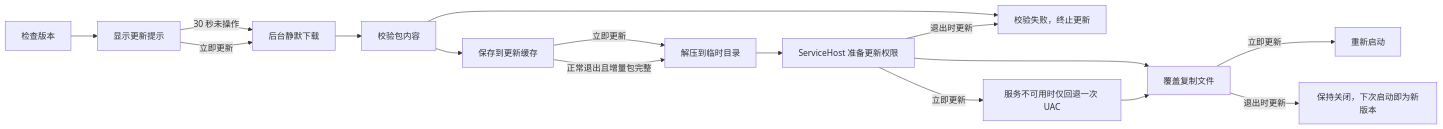
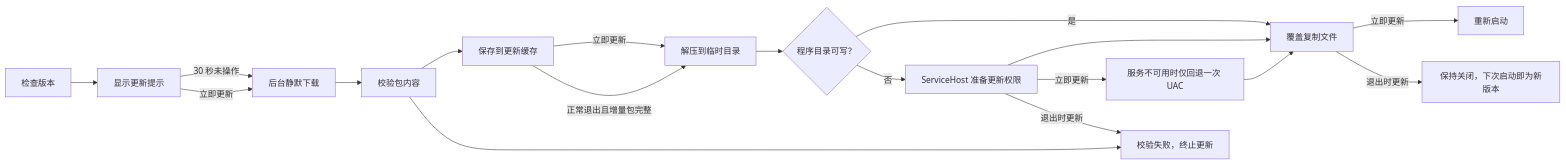
Before and after one commit to xincheng213618/scgd_general_wpf: the diagram in docs/02-developer-guide/deployment/auto-update.md, drawn with Mermaid. The commit also changed other lines of this file and 30 other files, not shown here.

````diff
--- a/docs/02-developer-guide/deployment/auto-update.md
+++ b/docs/02-developer-guide/deployment/auto-update.md
@@ -7,18 +7,20 @@
 ```mermaid
 flowchart LR
   Check["检查版本"] --> Notice["显示更新提示"]
   Notice -->|"30 秒未操作"| Download["后台静默下载"]
   Notice -->|"立即更新"| Download
   Download --> Verify["校验包内容"]
   Verify --> Cache["保存到更新缓存"]
   Cache -->|"立即更新"| Stage["解压到临时目录"]
   Cache -->|"正常退出且增量包完整"| Stage
-  Stage --> Privilege["ServiceHost 准备更新权限"]
-  Privilege --> Install["覆盖复制文件"]
+  Stage --> Writable{"程序目录可写？"}
+  Writable -->|"是"| Install["覆盖复制文件"]
+  Writable -->|"否"| Privilege["ServiceHost 准备更新权限"]
+  Privilege --> Install
   Install -->|"立即更新"| Restart["重新启动"]
   Install -->|"退出时更新"| Closed["保持关闭，下次启动即为新版本"]
   Verify --> Stop["校验失败，终止更新"]
   Privilege -->|"立即更新"| UAC["服务不可用时仅回退一次 UAC"]
   Privilege -->|"退出时更新"| Stop
   UAC --> Install
 ```
````
